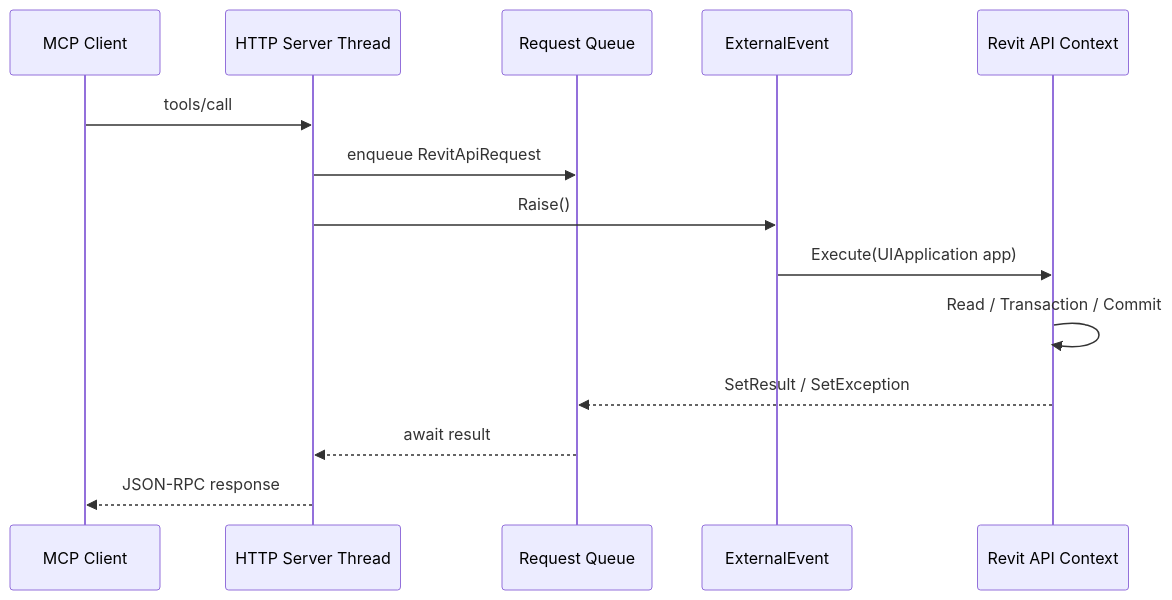
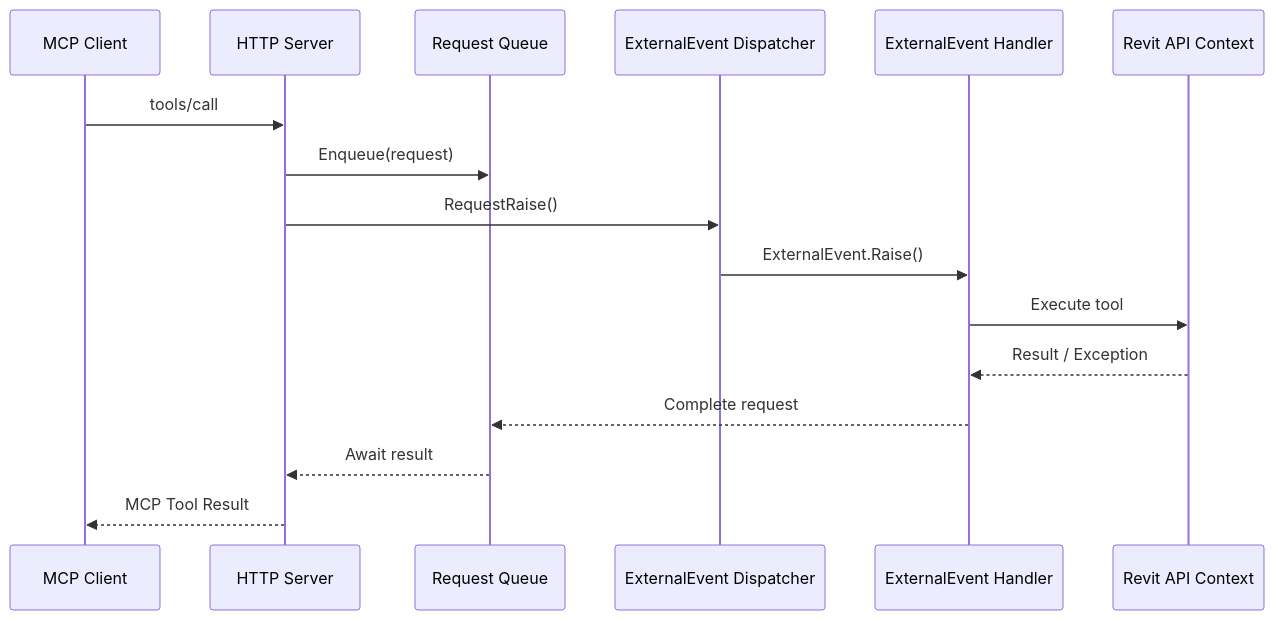
The second of 3 diagrams in docs/Revit_MCP_implementation_spec.md (KazuhiroTakahashiAQ/RevitMcpPlugin), drawn with Mermaid before and after one commit. The commit also changed other lines of this file and 54 other files, not shown here.

Commit message:
Implement Revit MCP core runtime and tests

````diff
--- a/docs/Revit_MCP_implementation_spec.md
+++ b/docs/Revit_MCP_implementation_spec.md
@@ -217,17 +485,19 @@
 ```mermaid
 sequenceDiagram
     participant Client as MCP Client
-    participant Server as HTTP Server Thread
+    participant Server as HTTP Server
     participant Queue as Request Queue
-    participant Event as ExternalEvent
+    participant Dispatcher as ExternalEvent Dispatcher
+    participant Handler as ExternalEvent Handler
     participant Revit as Revit API Context
 
     Client->>Server: tools/call
-    Server->>Queue: enqueue RevitApiRequest
-    Server->>Event: Raise()
-    Event->>Revit: Execute(UIApplication app)
-    Revit->>Revit: Read / Transaction / Commit
-    Revit-->>Queue: SetResult / SetException
-    Queue-->>Server: await result
-    Server-->>Client: JSON-RPC response
+    Server->>Queue: Enqueue(request)
+    Server->>Dispatcher: RequestRaise()
+    Dispatcher->>Handler: ExternalEvent.Raise()
+    Handler->>Revit: Execute tool
+    Revit-->>Handler: Result / Exception
+    Handler-->>Queue: Complete request
+    Queue-->>Server: Await result
+    Server-->>Client: MCP Tool Result
 ```
````
